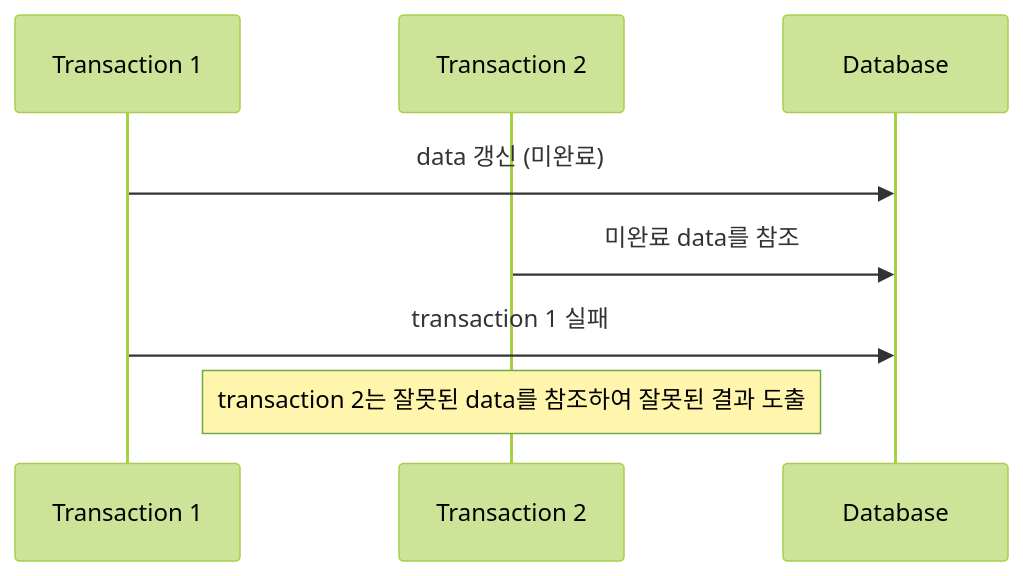
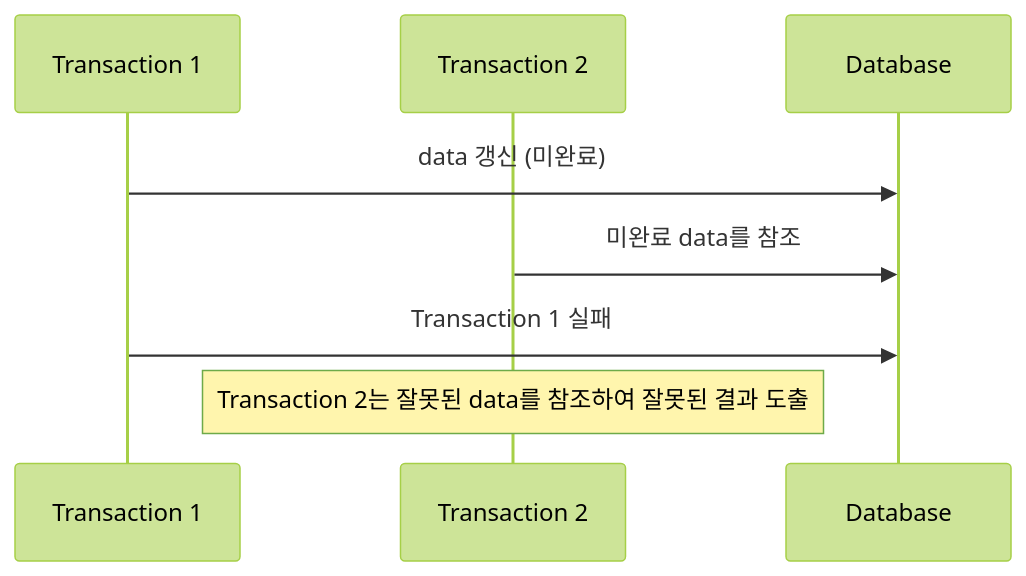
Before and after one commit to choesimin/choesimin.github.io: the fourth of 4 diagrams in collections/_skills/database/transaction/concurrency-control.md, drawn with Mermaid (forest theme). The commit also changed other lines of this file, not shown here.

````diff
--- a/collections/_skills/database/transaction/concurrency-control.md
+++ b/collections/_skills/database/transaction/concurrency-control.md
@@ -129,12 +129,12 @@
 ```mermaid
 sequenceDiagram
 
 participant t1 as Transaction 1
 participant t2 as Transaction 2
 participant db as Database
 
 t1 ->> db : data 갱신 (미완료)
 t2 ->> db : 미완료 data를 참조
-t1 ->> db : transaction 1 실패
-Note over t2 : transaction 2는 잘못된 data를 참조하여 잘못된 결과 도출
+t1 ->> db : Transaction 1 실패
+Note over t2 : Transaction 2는 잘못된 data를 참조하여 잘못된 결과 도출
 ```
````
